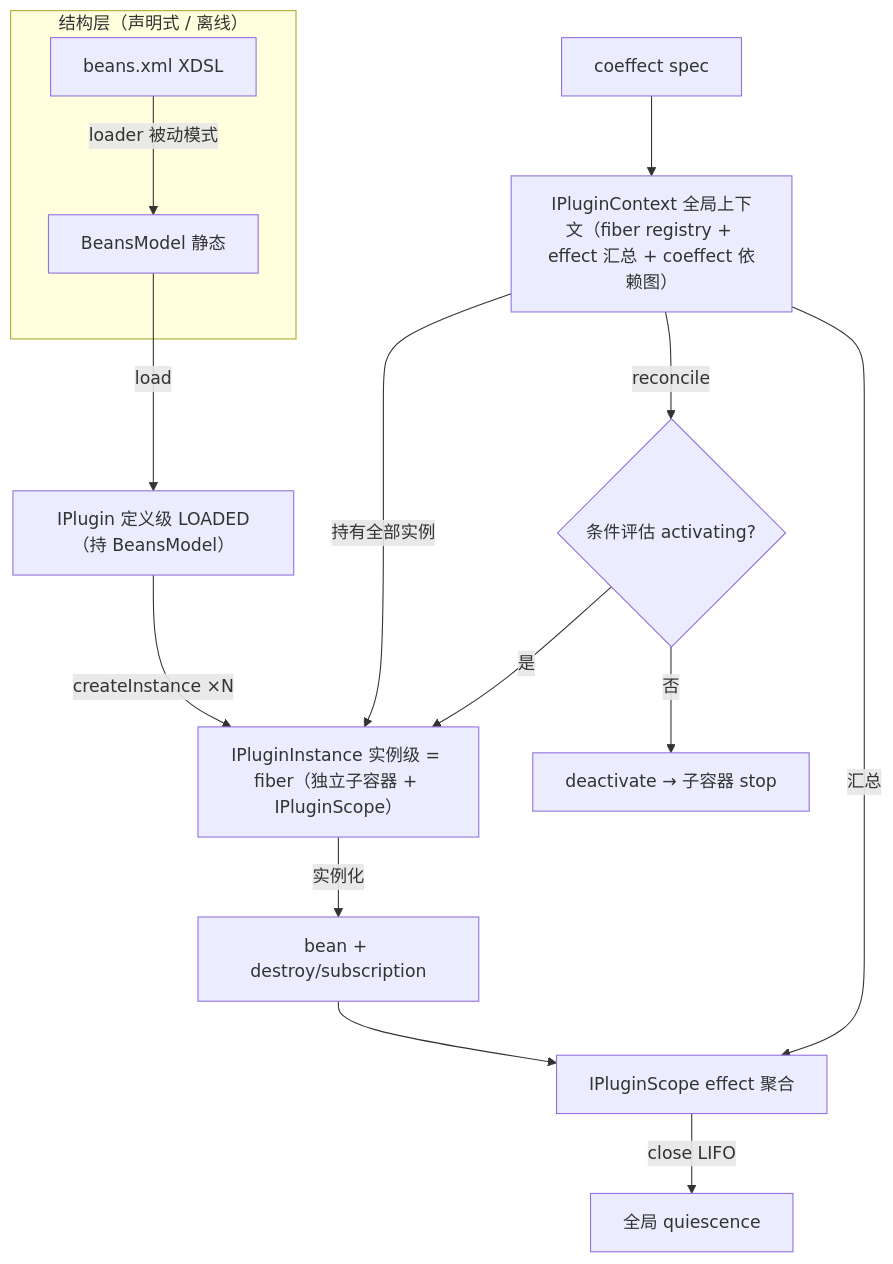
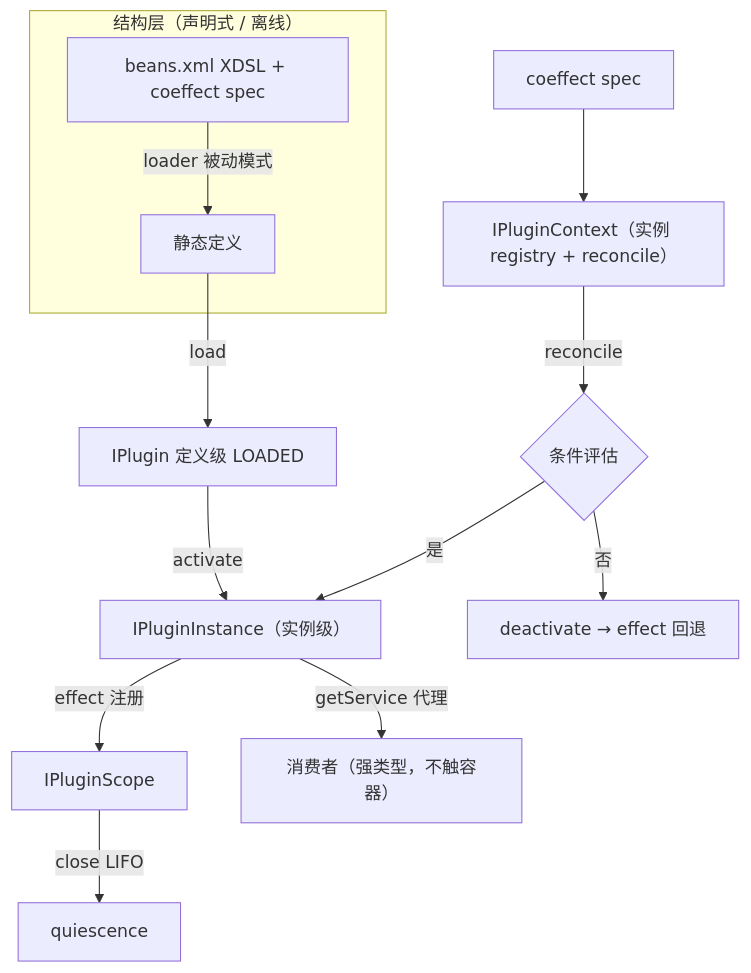
One commit to entropy-cloud/nop-entropy changed the third of 3 diagrams in ai-dev/design/nop-plugin/01-architecture-baseline.md. Above: the diagram before and after it, drawn with Mermaid. The commit also changed other lines of this file and 15 other files, not shown here.

Commit message:
docs(plugin): nop-plugin-enhancement mission 启动材料落档（roadmap W1-W7 + mission 配置 + 4 设计稿 + 2 plan + discussion，经两轮独立审查）；nop-stream README 补 DISTRIBUTED 实现现状（RpcDistributedExecutor/JdbcClusterRegistry/多 JVM E2E，未实现 = K8s/YARN 编排 + HPA）

````diff
--- a/ai-dev/design/nop-plugin/01-architecture-baseline.md
+++ b/ai-dev/design/nop-plugin/01-architecture-baseline.md
@@ -267,18 +349,16 @@
 ```mermaid
 flowchart TD
     subgraph 结构层["结构层（声明式 / 离线）"]
-        BS[beans.xml XDSL] -->|loader 被动模式| BM[BeansModel 静态]
+        BS[beans.xml XDSL + coeffect spec] -->|loader 被动模式| DEF[静态定义]
     end
-    BM -->|load| DEF["IPlugin 定义级 LOADED（持 BeansModel）"]
-    CTX["IPluginContext 全局上下文（fiber registry + effect 汇总 + coeffect 依赖图）"]
-    DEF -->|"createInstance ×N"| INST["IPluginInstance 实例级 = fiber（独立子容器 + IPluginScope）"]
-    INST -->|实例化| BEAN[bean + destroy/subscription]
-    BEAN --> PS[IPluginScope effect 聚合]
-    CTX -->|持有全部实例| INST
-    CTX -->|汇总| PS
+    DEF -->|load| PLUGIN["IPlugin 定义级 LOADED"]
+    CTX["IPluginContext（实例 registry + reconcile）"]
+    PLUGIN -->|activate| INST["IPluginInstance（实例级）"]
+    INST -->|effect 注册| SCOPE["IPluginScope"]
+    SCOPE -->|close LIFO| QUIESCE[quiescence]
     CO[coeffect spec] --> CTX
-    CTX -->|reconcile| ACT{条件评估 activating?}
+    CTX -->|reconcile| ACT{条件评估}
     ACT -->|是| INST
-    ACT -->|否| DEACT[deactivate → 子容器 stop]
-    PS -->|close LIFO| QUIESCE[全局 quiescence]
+    ACT -->|否| DEACT[deactivate → effect 回退]
+    INST -->|getService 代理| USR[消费者（强类型，不触容器）]
 ```
````
